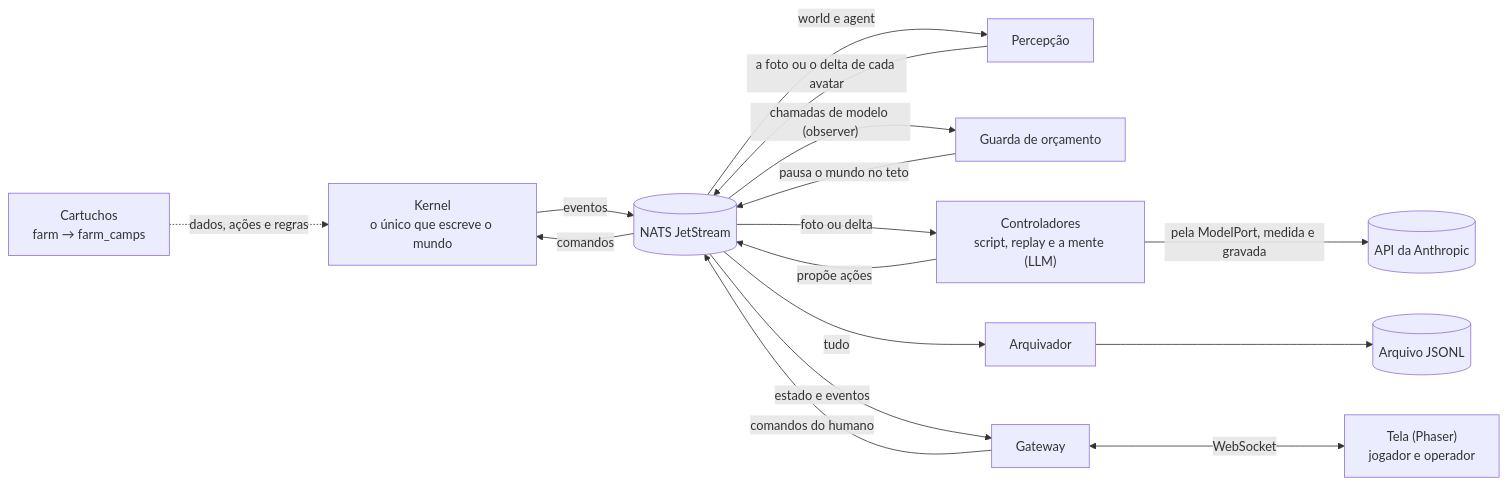
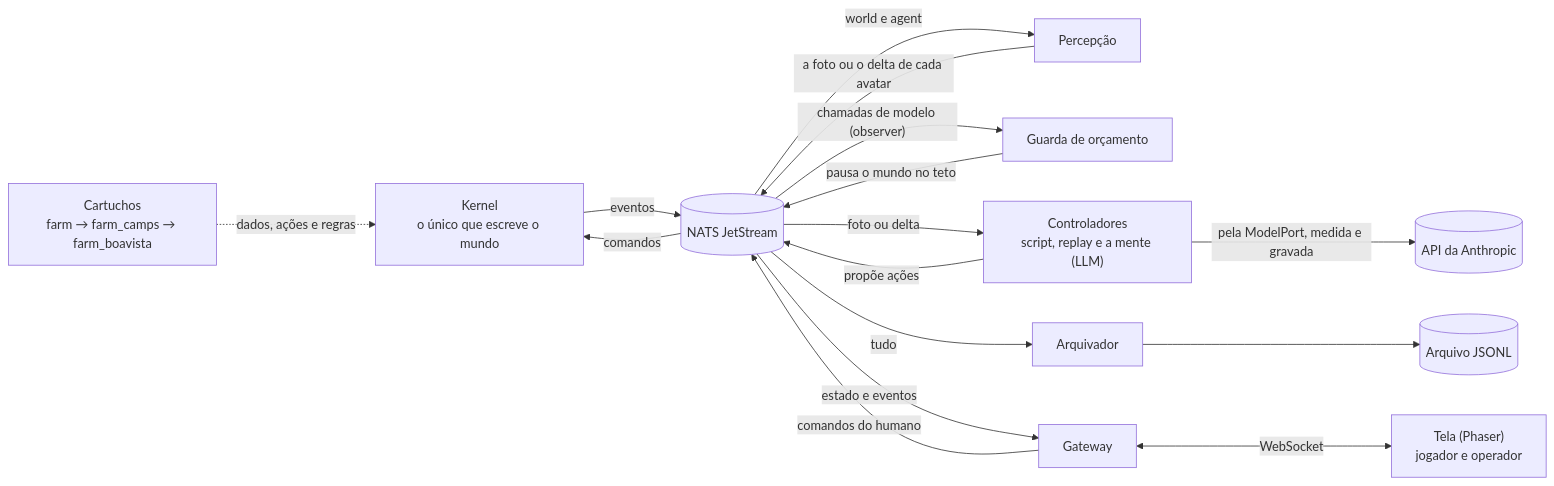
One commit to campilho/campsverso changed the diagram in README.md. Above: the diagram before and after it, drawn with Mermaid. The commit also changed other lines of this file and 17 other files, not shown here.

````diff
--- a/README.md
+++ b/README.md
@@ -62,17 +71,17 @@
 ```mermaid
 flowchart LR
-    cart["Cartuchos<br/>farm → farm_camps"] -. "dados, ações e regras" .-> kernel
+    cart["Cartuchos<br/>farm → farm_camps → farm_boavista"] -. "dados, ações e regras" .-> kernel
     kernel["Kernel<br/>o único que escreve o mundo"] -- "eventos" --> nats[("NATS JetStream")]
     nats -- "comandos" --> kernel
     nats -- "world e agent" --> percepcao["Percepção"]
     percepcao -- "a foto ou o delta de cada avatar" --> nats
     nats -- "chamadas de modelo (observer)" --> guarda["Guarda de orçamento"]
     guarda -- "pausa o mundo no teto" --> nats
     nats -- "foto ou delta" --> runner["Controladores<br/>script, replay e a mente (LLM)"]
     runner -- "propõe ações" --> nats
     runner -- "pela ModelPort, medida e gravada" --> api[("API da Anthropic")]
     nats -- "tudo" --> arquivador["Arquivador"] --> arquivo[("Arquivo JSONL")]
     nats -- "estado e eventos" --> gateway["Gateway"]
     gateway -- "comandos do humano" --> nats
     gateway <-->|"WebSocket"| tela["Tela (Phaser)<br/>jogador e operador"]
 ```
````
